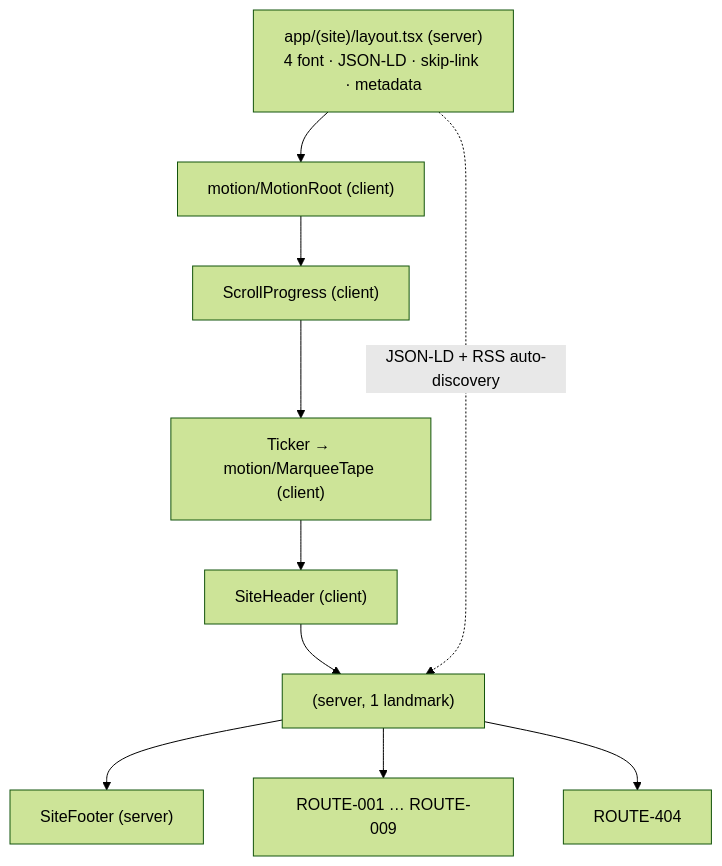
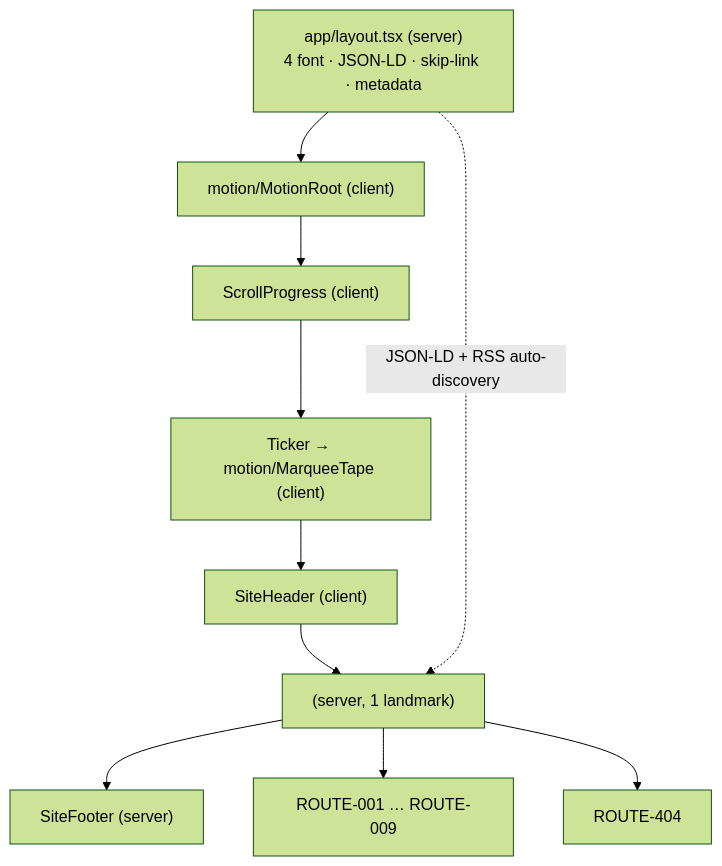
The first of 5 diagrams in docs/FRONTEND-PLAN.md (albiruby/melodialam-website), drawn with Mermaid (forest theme) before and after one commit. The commit also changed other lines of this file and 18 other files, not shown here.

````diff
--- a/docs/FRONTEND-PLAN.md
+++ b/docs/FRONTEND-PLAN.md
@@ -233,14 +233,14 @@
 ```mermaid
 graph TB
-  ROOT["app/(site)/layout.tsx (server)<br/>4 font · JSON-LD · skip-link · metadata"]
+  ROOT["app/layout.tsx (server)<br/>4 font · JSON-LD · skip-link · metadata"]
   MR["motion/MotionRoot (client)"]
   SP["ScrollProgress (client)"]
   TK["Ticker → motion/MarqueeTape (client)"]
   HD["SiteHeader (client)"]
   MAIN["<main id=main> (server, 1 landmark)"]
   FT["SiteFooter (server)"]
   ROOT --> MR --> SP --> TK --> HD --> MAIN --> FT
   MAIN --> R1["ROUTE-001 … ROUTE-009"]
   MAIN --> NF["ROUTE-404"]
   ROOT -.->|"JSON-LD + RSS auto-discovery"| MAIN
 ```
````
